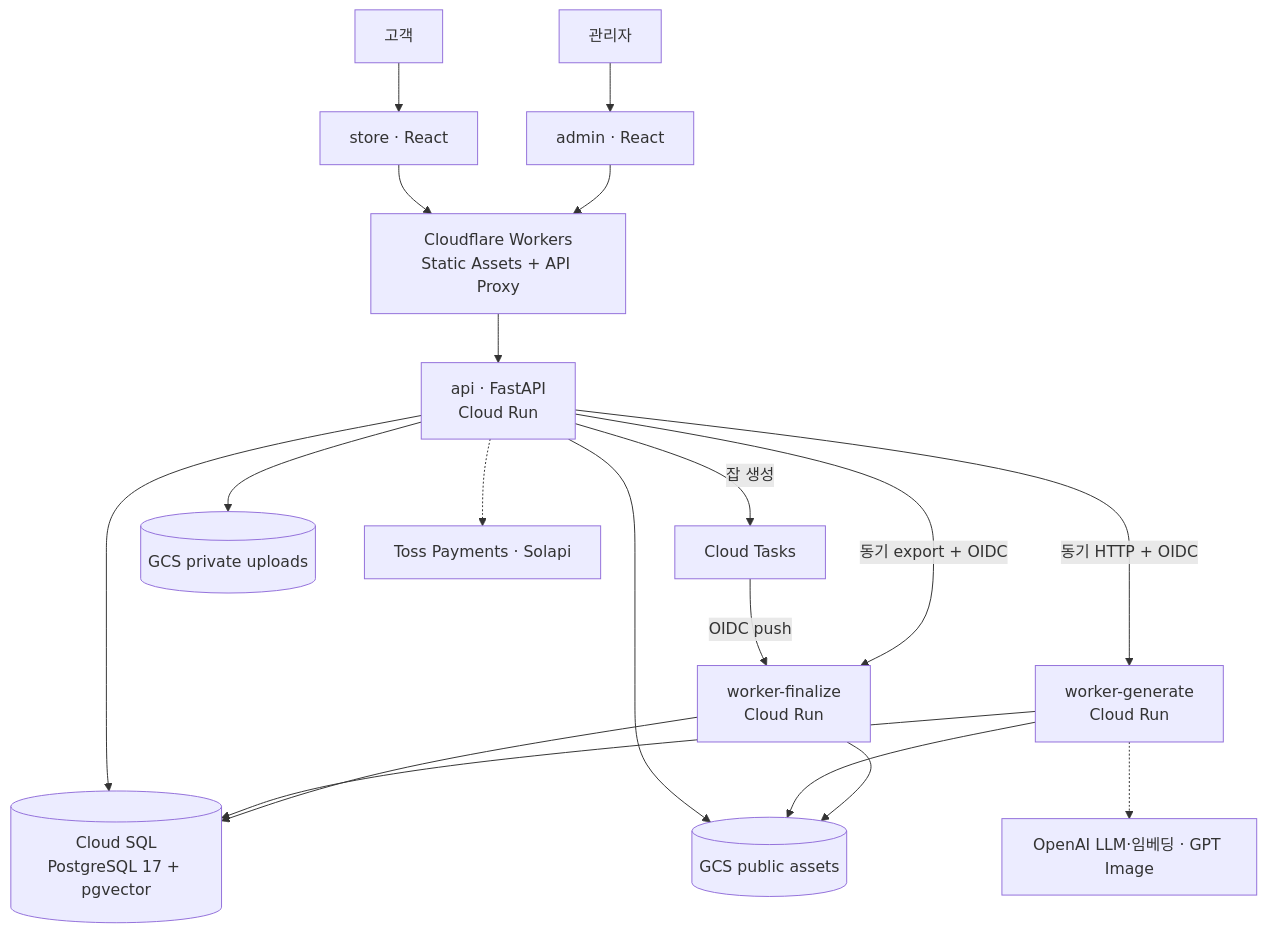
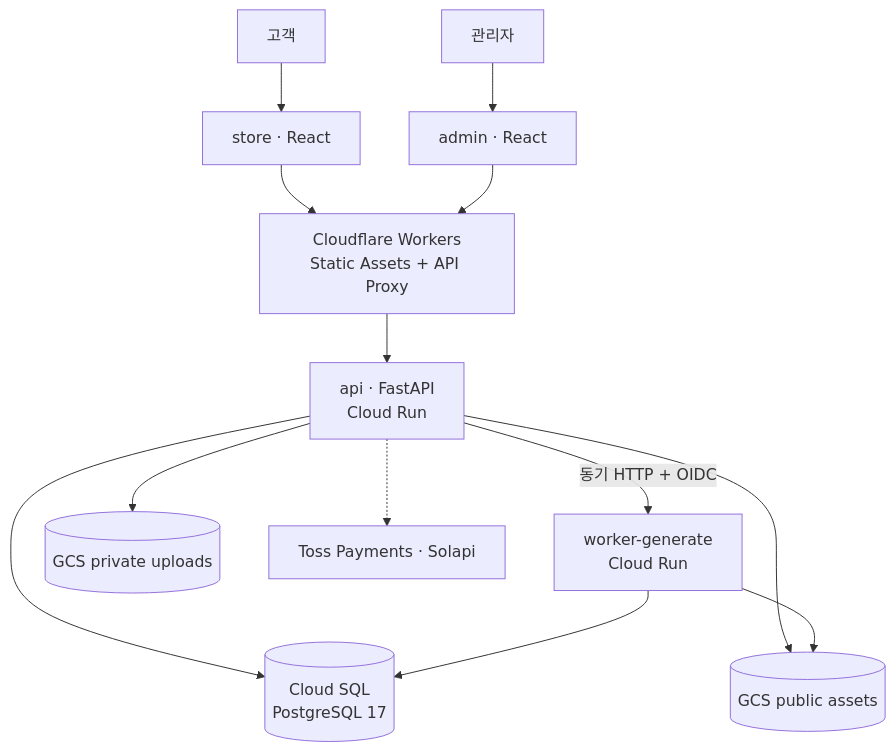
The second of 2 diagrams in README.md (Bongseop-Kim/essesion), drawn with Mermaid before and after one commit. The commit also changed other lines of this file and 476 other files, not shown here.

````diff
--- a/README.md
+++ b/README.md
@@ -84,24 +80,18 @@
 ```mermaid
 flowchart TB
     Customer[고객] --> Store[store · React]
     Operator[관리자] --> Admin[admin · React]
     Store --> Edge[Cloudflare Workers<br/>Static Assets + API Proxy]
     Admin --> Edge
     Edge --> API[api · FastAPI<br/>Cloud Run]
 
     API -->|동기 HTTP + OIDC| Generate[worker-generate<br/>Cloud Run]
-    API -->|잡 생성| Tasks[Cloud Tasks]
-    Tasks -->|OIDC push| Finalize[worker-finalize<br/>Cloud Run]
-    API -->|동기 export + OIDC| Finalize
 
-    API --> SQL[(Cloud SQL<br/>PostgreSQL 17 + pgvector)]
+    API --> SQL[(Cloud SQL<br/>PostgreSQL 17)]
     Generate --> SQL
-    Finalize --> SQL
     API --> Private[(GCS private uploads)]
     API --> Public[(GCS public assets)]
     Generate --> Public
-    Finalize --> Public
 
-    Generate -.-> AI[OpenAI LLM·임베딩 · GPT Image]
     API -.-> External[Toss Payments · Solapi]
 ```
````
